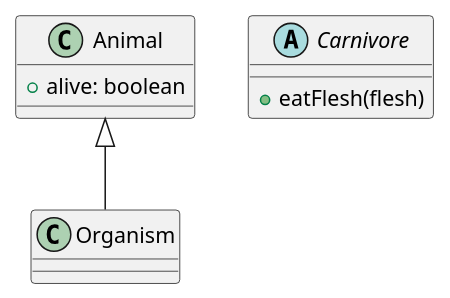
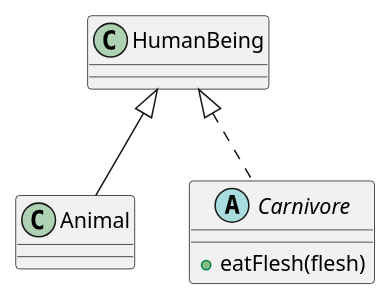
The diagram in docs/img/example-implement.plantuml (amercier/inheritance.js), drawn with PlantUML before and after one commit. The commit also changed 1 other file, not shown here.

Commit message:
Updated implement example UML diagram

```diff
--- a/docs/img/example-implement.plantuml
+++ b/docs/img/example-implement.plantuml
@@ -1,13 +1,13 @@
 @startuml
 
 class Animal {
-  + alive: boolean
 }
 
 abstract class Carnivore {
 	+ eatFlesh(flesh)
 }
 
-Animal <|-- Organism
+HumanBeing <|-- Animal
+HumanBeing <|.. Carnivore
 
 @enduml
```
